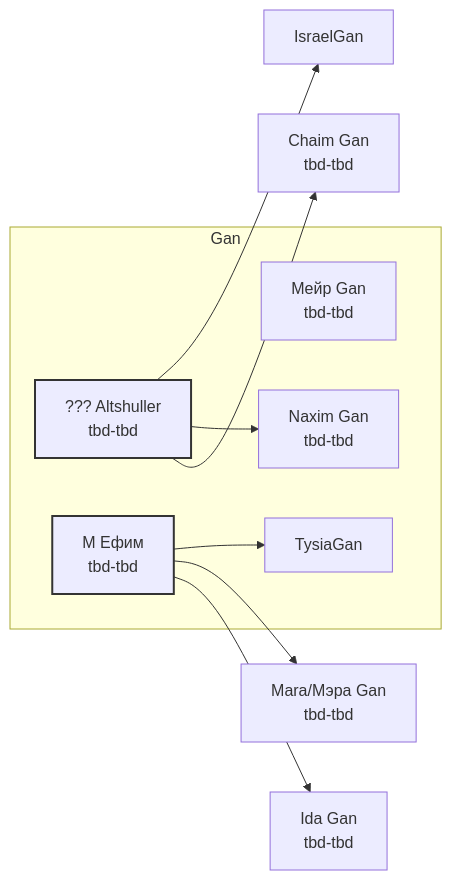
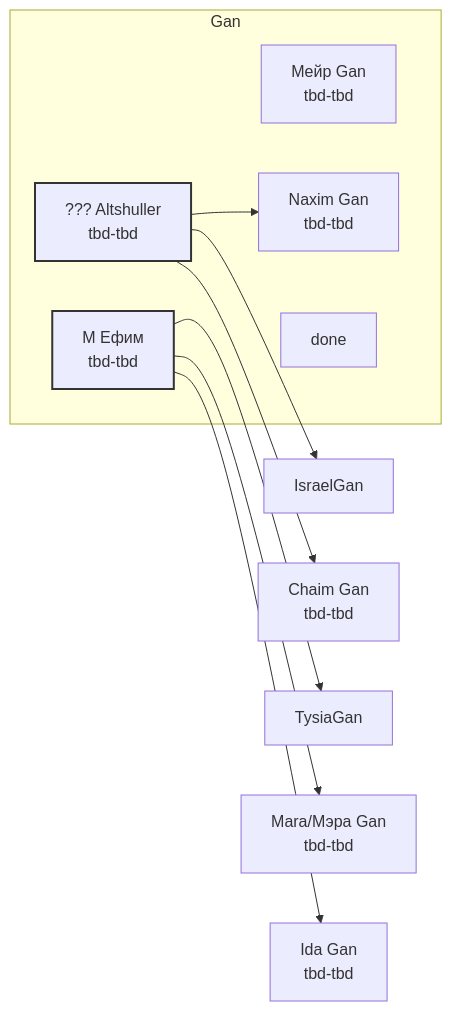
Before and after one commit to agiletechvn/go-ethereum-code-analysis: the diagram in core-bloombits-analysis.md, drawn with Mermaid.

Commit message:
update subgraph for core-bloombits

````diff
--- a/core-bloombits-analysis.md
+++ b/core-bloombits-analysis.md
@@ -97,24 +97,24 @@
 ```mermaid
 graph LR
 
 subgraph Gan
     IsraelsFatherGan[Mейр Gan <br>tbd-tbd]
     IsraelsFathersWife[??? Altshuller <br>tbd-tbd]
 end
 IsraelsFathersWife --> IsraelGan
 IsraelsFathersWife --> NaximGan[Naxim Gan<br>tbd-tbd]
 IsraelsFathersWife --> ChaimGan[Chaim Gan<br>tbd-tbd]
 
 subgraph Gan
     NaximGan[Naxim Gan<br>tbd-tbd]
     NaximGanWife[M Ефим<br>tbd-tbd]
-		TysiaGan
+		done
 end
 NaximGanWife --> TysiaGan
 NaximGanWife --> MaraGan[Mara/Мэра Gan<br>tbd-tbd]
 NaximGanWife --> IdaGan[Ida Gan<br>tbd-tbd]
 
 
 style NaximGanWife stroke: #333, stroke-width:2px;
 style IsraelsFathersWife stroke: #333, stroke-width:2px;
 ```
````
